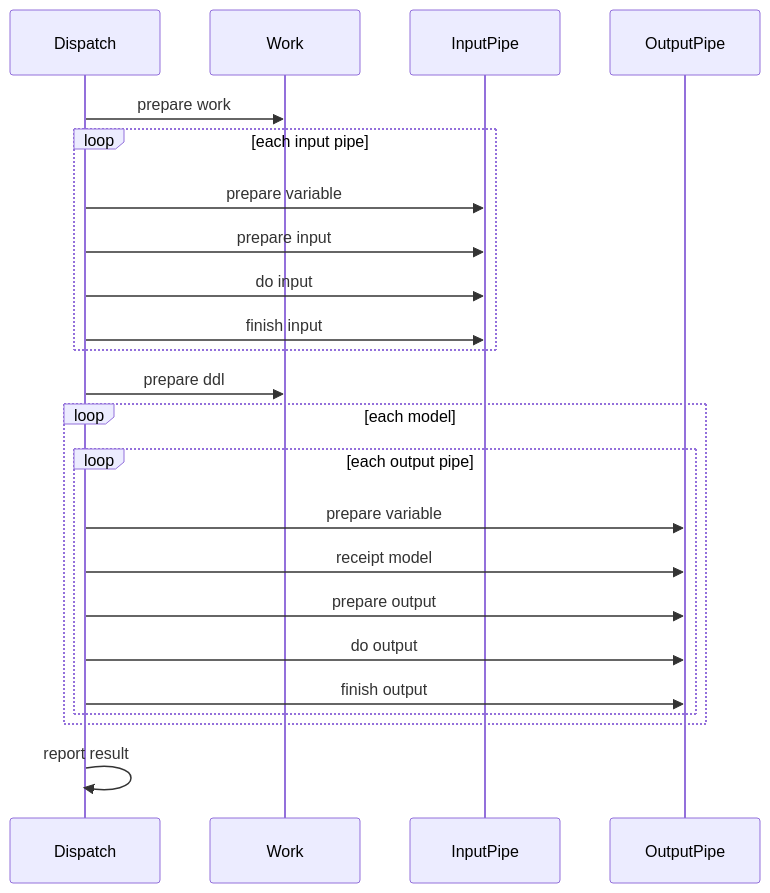
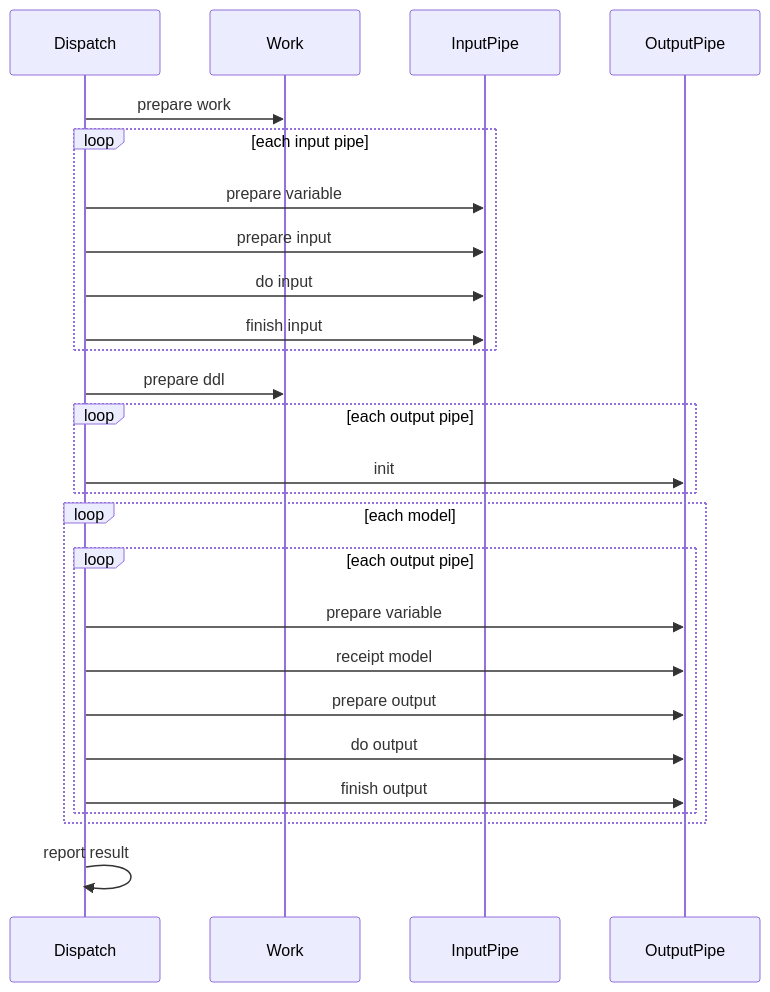
One commit to athinboy/mystudy changed the second of 2 diagrams in dotnet/src/VSExtension/DBToClass/readme.md. Above: the diagram before and after it, drawn with Mermaid. The commit also changed 31 other files, not shown here.

````diff
--- a/dotnet/src/VSExtension/DBToClass/readme.md
+++ b/dotnet/src/VSExtension/DBToClass/readme.md
@@ -44,22 +44,25 @@
 ```mermaid
     sequenceDiagram 
     Dispatch ->> Work: prepare work    
     loop each input pipe
          
         Dispatch ->> InputPipe: prepare variable
         Dispatch ->> InputPipe: prepare input
         Dispatch ->> InputPipe: do input
         Dispatch ->> InputPipe: finish input 
     end     
     Dispatch ->> Work:prepare ddl
+    loop each output pipe
+        Dispatch ->> OutputPipe: init
+    end
     loop each model
         loop each output pipe
             Dispatch ->> OutputPipe: prepare variable
             Dispatch ->> OutputPipe: receipt  model
             Dispatch ->> OutputPipe: prepare output
             Dispatch ->> OutputPipe: do output       
             Dispatch ->> OutputPipe: finish output 
         end
     end
     Dispatch ->> Dispatch: report result
 ```
````
